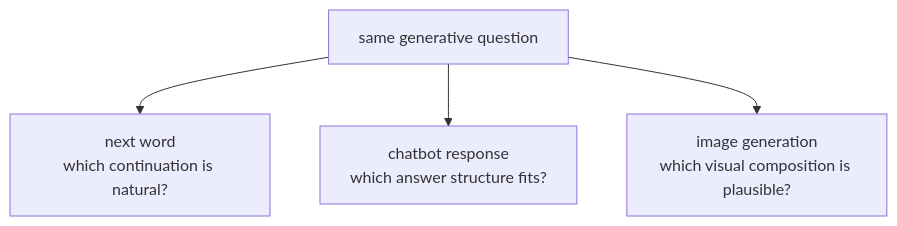
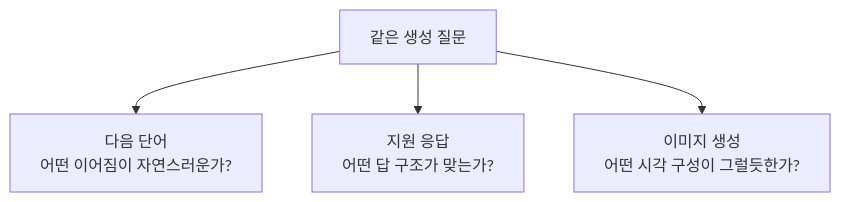
Before and after one commit to devchan64/AiBook: the diagram in docs/assets/part-05/chapter-15/generative-task-flow-ko.mmd, drawn with Mermaid. The commit also changed 26 other files, not shown here.

```diff
--- a/docs/assets/part-05/chapter-15/generative-task-flow-ko.mmd
+++ b/docs/assets/part-05/chapter-15/generative-task-flow-ko.mmd
@@ -1,9 +1,9 @@
 flowchart TD
-  A["same generative question"]
-  B["next word<br/>which continuation is natural?"]
-  C["chatbot response<br/>which answer structure fits?"]
-  D["image generation<br/>which visual composition is plausible?"]
+  A["같은 생성 질문"]
+  B["다음 단어<br/>어떤 이어짐이 자연스러운가?"]
+  C["지원 응답<br/>어떤 답 구조가 맞는가?"]
+  D["이미지 생성<br/>어떤 시각 구성이 그럴듯한가?"]
 
   A --> B
   A --> C
   A --> D
```
